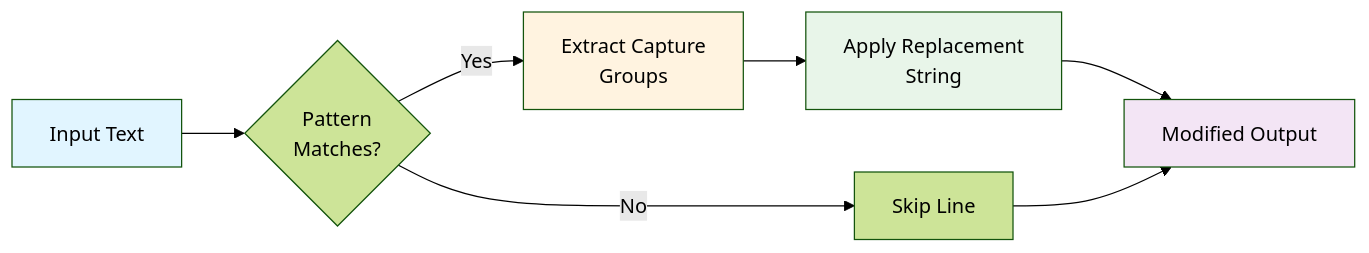
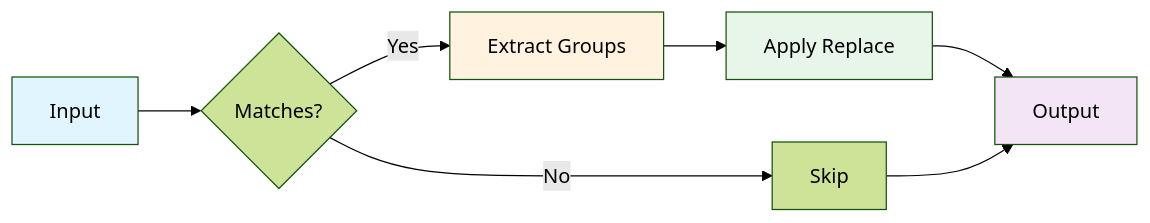
The first of 2 diagrams in docs/replacements.md (iepathos/ripgrep), drawn with Mermaid (forest theme) before and after one commit. The commit also changed 3 other files, not shown here.

First line of the commit message:
fix: improve Mermaid diagram readability

````diff
--- a/docs/replacements.md
+++ b/docs/replacements.md
@@ -31,17 +31,14 @@
 ```mermaid
 flowchart LR
-    Input[Input Text] --> Match{"Pattern
-Matches?"}
-    Match -->|No| Skip[Skip Line]
-    Match -->|Yes| Extract["Extract Capture
-Groups"]
-    Extract --> Replace["Apply Replacement
-String"]
-    Replace --> Output[Modified Output]
+    Input[Input] --> Match{Matches?}
+    Match -->|No| Skip[Skip]
+    Match -->|Yes| Extract[Extract Groups]
+    Extract --> Replace[Apply Replace]
+    Replace --> Output[Output]
     Skip --> Output
 
     style Input fill:#e1f5ff
     style Extract fill:#fff3e0
     style Replace fill:#e8f5e9
     style Output fill:#f3e5f5
 ```
````
